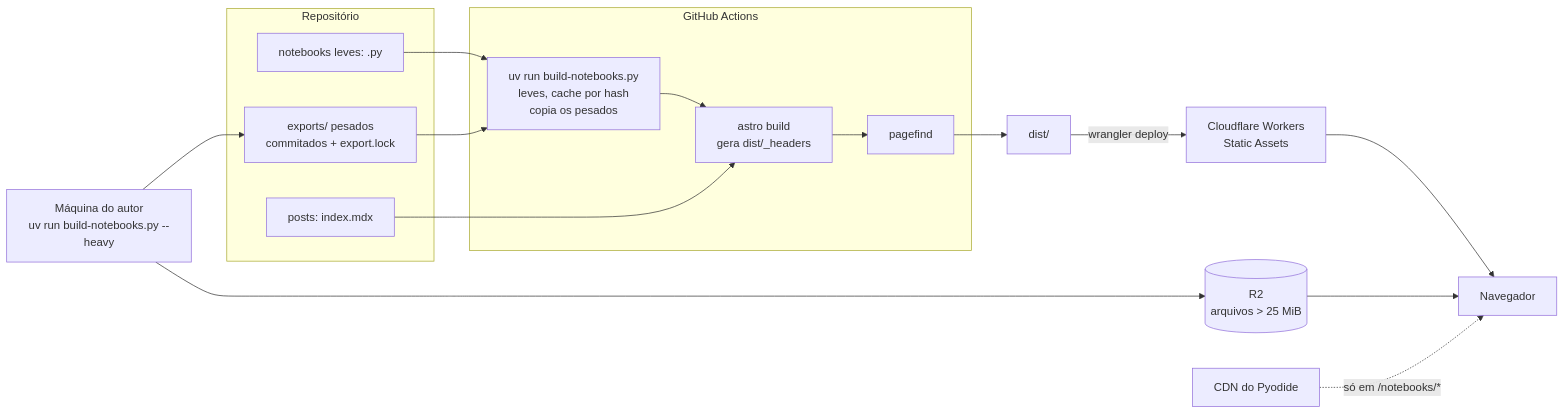
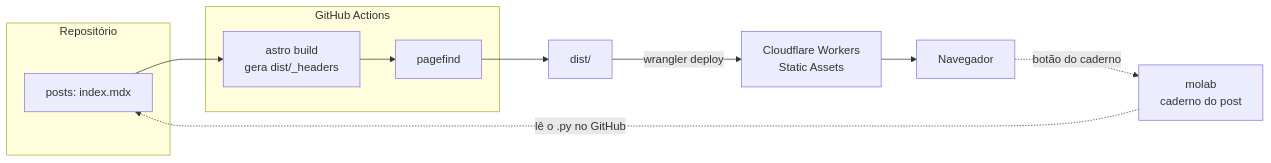
The diagram in specs/SPEC.md (Pedroknoll/blog_pedro-knoll), drawn with Mermaid before and after one commit. The commit also changed other lines of this file and 4 other files, not shown here.

First line of the commit message:
T-96 — decisões do caderno: molab e sem tipo lab [RF-08, ADR-02] (#77)

````diff
--- a/specs/SPEC.md
+++ b/specs/SPEC.md
@@ -184,24 +190,17 @@
 ```mermaid
 flowchart LR
   subgraph repo["Repositório"]
     mdx["posts: index.mdx"]
-    nb["notebooks leves: .py"]
-    heavy["exports/ pesados<br/>commitados + export.lock"]
   end
-  local["Máquina do autor<br/>uv run build-notebooks.py --heavy"] --> heavy
-  local --> r2[("R2<br/>arquivos > 25 MiB")]
   subgraph ci["GitHub Actions"]
-    bn["uv run build-notebooks.py<br/>leves, cache por hash<br/>copia os pesados"]
     ab["astro build<br/>gera dist/_headers"]
     pf["pagefind"]
   end
-  nb --> bn --> ab
-  heavy --> bn
-  mdx --> ab
-  ab --> pf --> dist["dist/"]
+  mdx --> ab --> pf --> dist["dist/"]
   dist -- "wrangler deploy" --> cf["Cloudflare Workers<br/>Static Assets"]
   cf --> br["Navegador"]
-  r2 --> br
-  cdn["CDN do Pyodide"] -. "só em /notebooks/*" .-> br
+  molab["molab<br/>caderno do post"]
+  br -. "botão do caderno" .-> molab
+  molab -. "lê o .py no GitHub" .-> mdx
 
 ```
````
